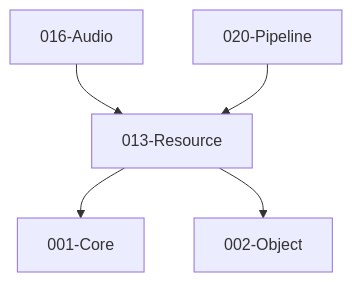
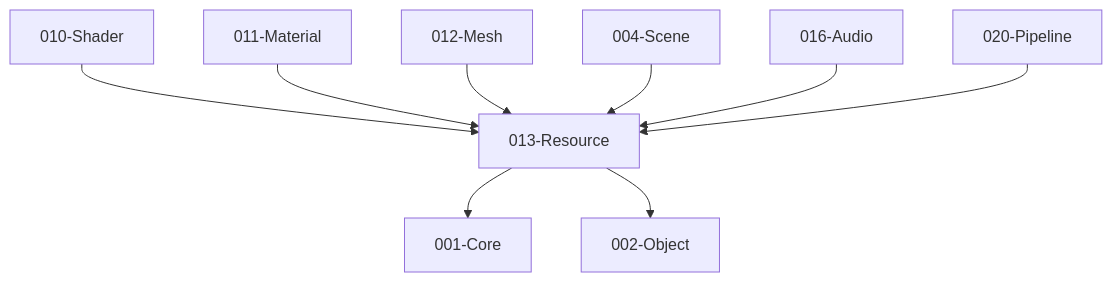
The second of 2 diagrams in docs/module-specs/013-resource.md (liangz0707/TenEngine), drawn with Mermaid before and after one commit. The commit also changed other lines of this file and 59 other files, not shown here.

````diff
--- a/docs/module-specs/013-resource.md
+++ b/docs/module-specs/013-resource.md
@@ -80,12 +80,20 @@
 ```mermaid
 flowchart TB
   Core[001-Core]
   Object[002-Object]
+  Sh[010-Shader]
+  Mt[011-Material]
+  Mh[012-Mesh]
+  Sc[004-Scene]
   Res[013-Resource]
   Au[016-Audio]
   Pi[020-Pipeline]
   Res --> Core
   Res --> Object
+  Sh --> Res
+  Mt --> Res
+  Mh --> Res
+  Sc --> Res
   Au --> Res
   Pi --> Res
 ```
````
